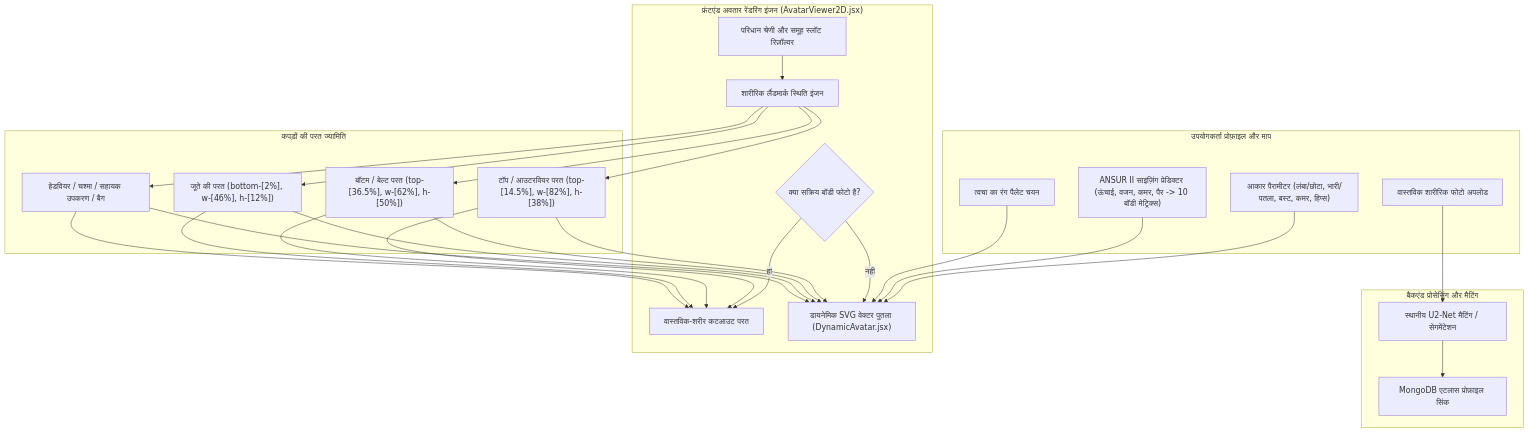
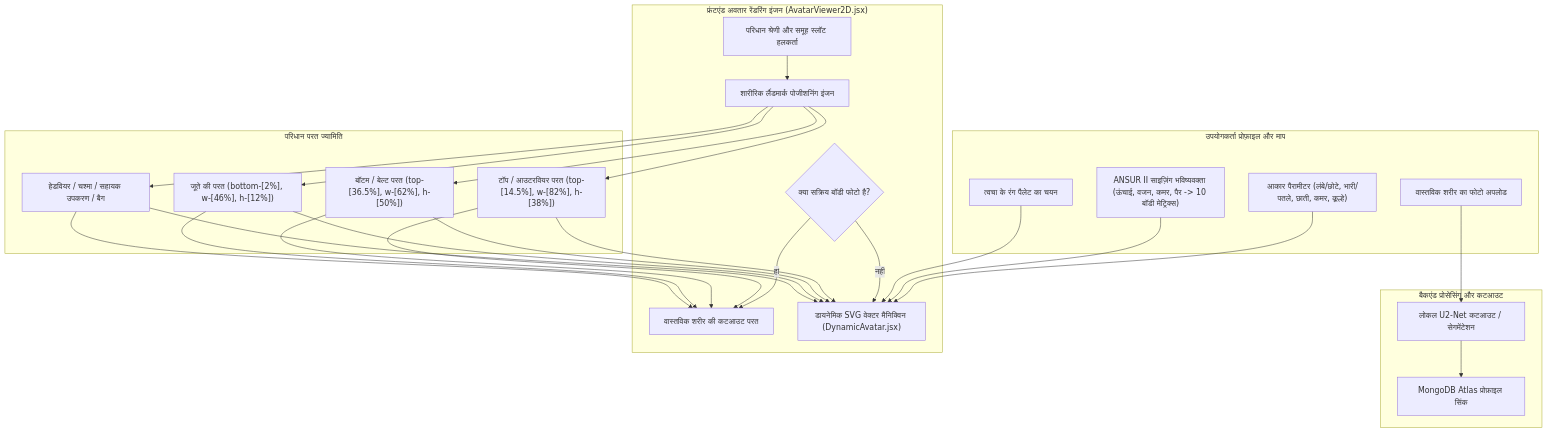
The diagram in wiki/hi/Avatar.md (Yoram-Jacobs/DressAppV1), drawn with Mermaid before and after one commit. The commit also changed other lines of this file and 11 other files, not shown here.

Commit message:
docs(i18n): translate Avatar.md architecture guide across all 12 supported languages

````diff
--- a/wiki/hi/Avatar.md
+++ b/wiki/hi/Avatar.md
@@ -17,41 +17,41 @@
 ```mermaid
 flowchart TD
     subgraph UserProfile["उपयोगकर्ता प्रोफ़ाइल और माप"]
-        U_Photo["वास्तविक शारीरिक फोटो अपलोड"]
-        U_Tone["त्वचा का रंग पैलेट चयन"]
-        U_Params["आकार पैरामीटर (लंबा/छोटा, भारी/पतला, बस्ट, कमर, हिप्स)"]
-        U_Sizing["ANSUR II साइज़िंग प्रेडिक्टर (ऊंचाई, वजन, कमर, पैर -> 10 बॉडी मेट्रिक्स)"]
+        U_Photo["वास्तविक शरीर का फोटो अपलोड"]
+        U_Tone["त्वचा के रंग पैलेट का चयन"]
+        U_Params["आकार पैरामीटर (लंबे/छोटे, भारी/पतले, छाती, कमर, कूल्हे)"]
+        U_Sizing["ANSUR II साइज़िंग भविष्यवक्ता (ऊंचाई, वजन, कमर, पैर -> 10 बॉडी मेट्रिक्स)"]
     end
 
-    subgraph BackendIngest["बैकएंड प्रोसेसिंग और मैटिंग"]
-        Rembg["स्थानीय U2-Net मैटिंग / सेगमेंटेशन"]
-        Mongo["MongoDB एटलास प्रोफ़ाइल सिंक"]
+    subgraph BackendIngest["बैकएंड प्रोसेसिंग और कटआउट"]
+        Rembg["लोकल U2-Net कटआउट / सेगमेंटेशन"]
+        Mongo["MongoDB Atlas प्रोफ़ाइल सिंक"]
     end
 
     subgraph AvatarEngine["फ्रंटएंड अवतार रेंडरिंग इंजन (AvatarViewer2D.jsx)"]
         ModeCheck{"क्या सक्रिय बॉडी फोटो है?"}
-        PhotoView["वास्तविक-शरीर कटआउट परत"]
-        MannequinView["डायनेमिक SVG वेक्टर पुतला (DynamicAvatar.jsx)"]
+        PhotoView["वास्तविक शरीर की कटआउट परत"]
+        MannequinView["डायनेमिक SVG वेक्टर मैनिक्विन (DynamicAvatar.jsx)"]
         
-        GarmentResolver["परिधान श्रेणी और समूह स्लॉट रिज़ॉल्वर"]
-        LandmarkCalc["शारीरिक लैंडमार्क स्थिति इंजन"]
+        GarmentResolver["परिधान श्रेणी और समूह स्लॉट हलकर्ता"]
+        LandmarkCalc["शारीरिक लैंडमार्क पोजीशनिंग इंजन"]
     end
 
-    subgraph OverlayGeometry["कपड़ों की परत ज्यामिति"]
+    subgraph OverlayGeometry["परिधान परत ज्यामिति"]
         TopLayer["टॉप / आउटरवियर परत (top-[14.5%], w-[82%], h-[38%])"]
         BottomLayer["बॉटम / बेल्ट परत (top-[36.5%], w-[62%], h-[50%])"]
         ShoesLayer["जूते की परत (bottom-[2%], w-[46%], h-[12%])"]
         AccessoryLayers["हेडवियर / चश्मा / सहायक उपकरण / बैग"]
     end
 
     U_Photo --> Rembg --> Mongo
     U_Params & U_Sizing --> MannequinView
     U_Tone --> MannequinView
     
     ModeCheck -- हां --> PhotoView
     ModeCheck -- नहीं --> MannequinView
 
     GarmentResolver --> LandmarkCalc
     LandmarkCalc --> TopLayer & BottomLayer & ShoesLayer & AccessoryLayers
     TopLayer & BottomLayer & ShoesLayer & AccessoryLayers --> PhotoView & MannequinView
 ```
````
